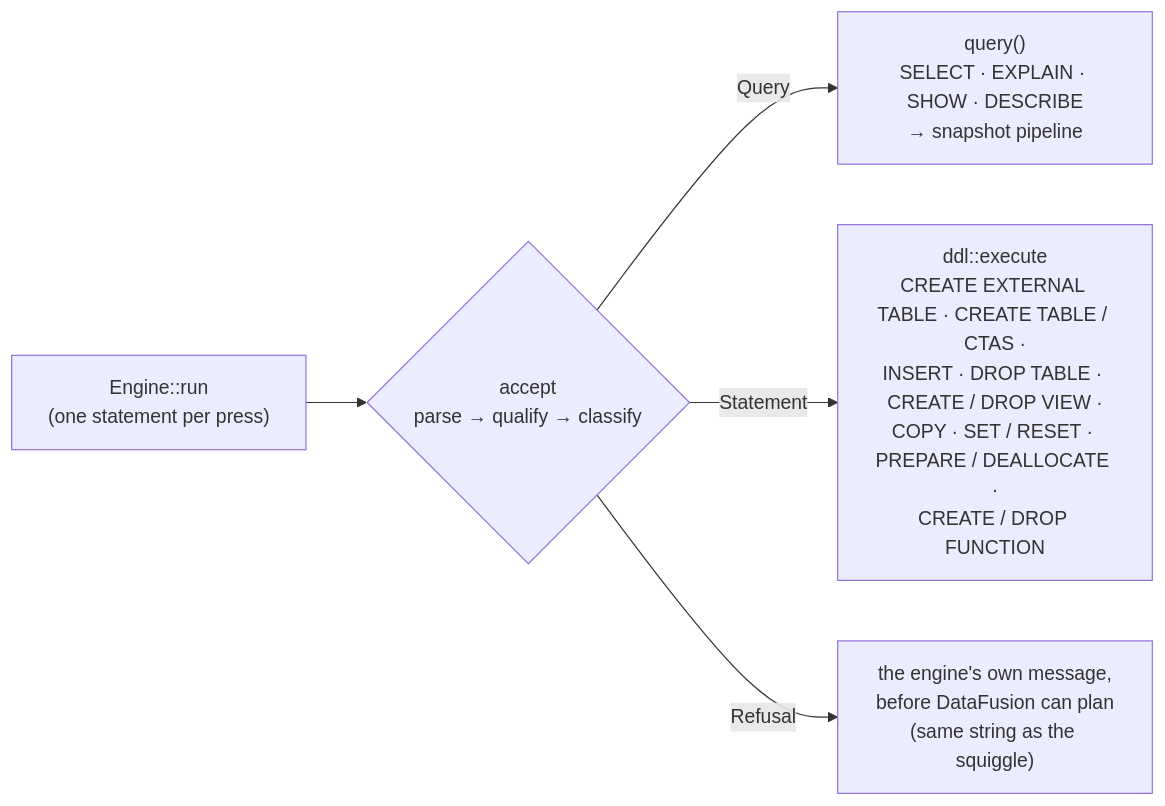
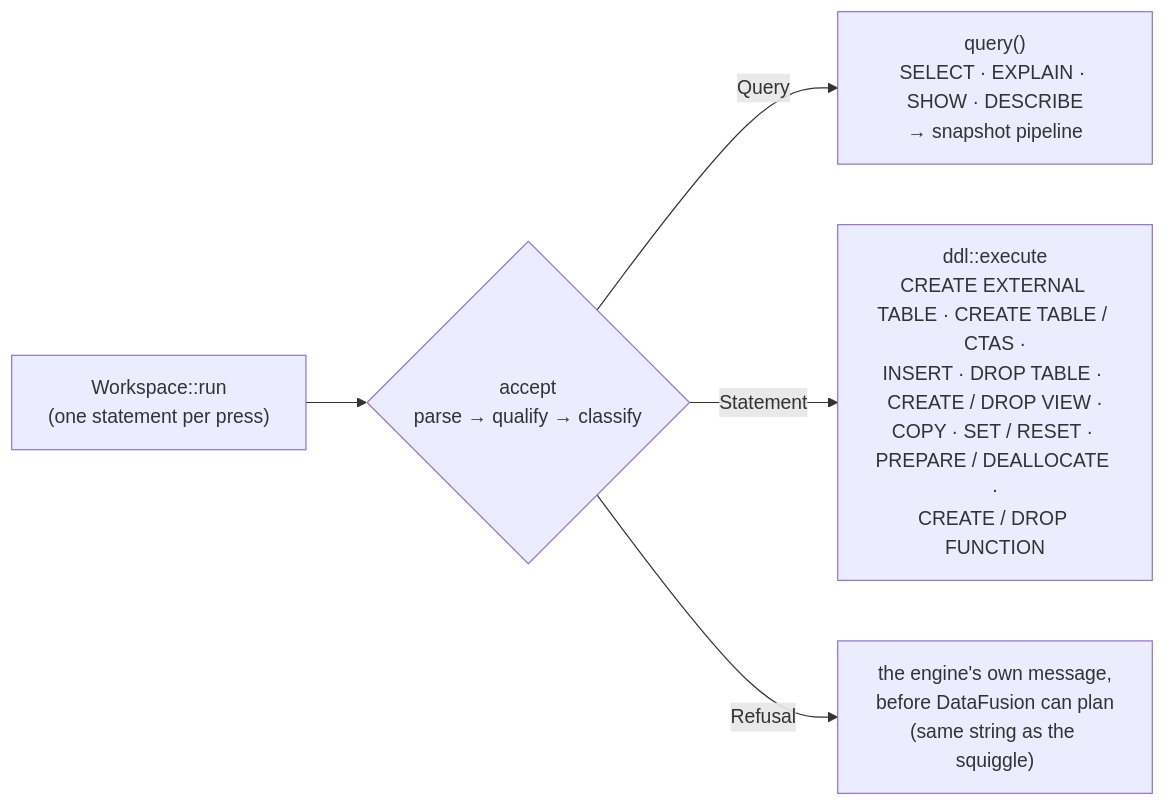
The second of 2 diagrams in docs/ARCHITECTURE.md (alexparlett/strata), drawn with Mermaid before and after one commit. The commit also changed other lines of this file and 98 other files, not shown here.

````diff
--- a/docs/ARCHITECTURE.md
+++ b/docs/ARCHITECTURE.md
@@ -121,7 +121,7 @@
 ```mermaid
 flowchart LR
-    RUN["Engine::run<br/>(one statement per press)"] --> C{"accept<br/>parse → qualify → classify"}
+    RUN["Workspace::run<br/>(one statement per press)"] --> C{"accept<br/>parse → qualify → classify"}
     C -->|Query| Q["query()<br/>SELECT · EXPLAIN · SHOW · DESCRIBE<br/>→ snapshot pipeline"]
     C -->|Statement| I["ddl::execute<br/>CREATE EXTERNAL TABLE · CREATE TABLE / CTAS ·<br/>INSERT · DROP TABLE · CREATE / DROP VIEW ·<br/>COPY · SET / RESET · PREPARE / DEALLOCATE ·<br/>CREATE / DROP FUNCTION"]
     C -->|Refusal| R["the engine's own message,<br/>before DataFusion can plan<br/>(same string as the squiggle)"]
 ```
````
